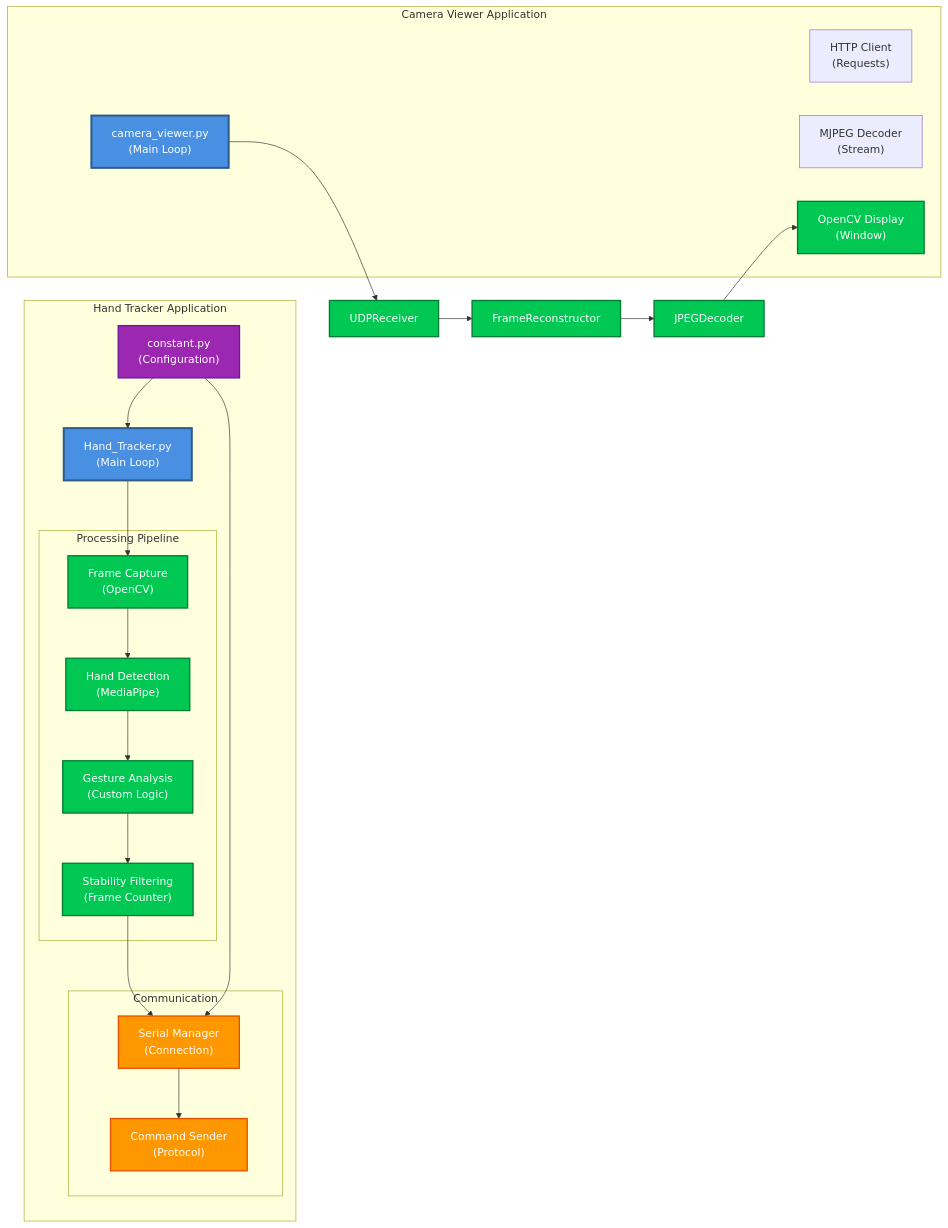
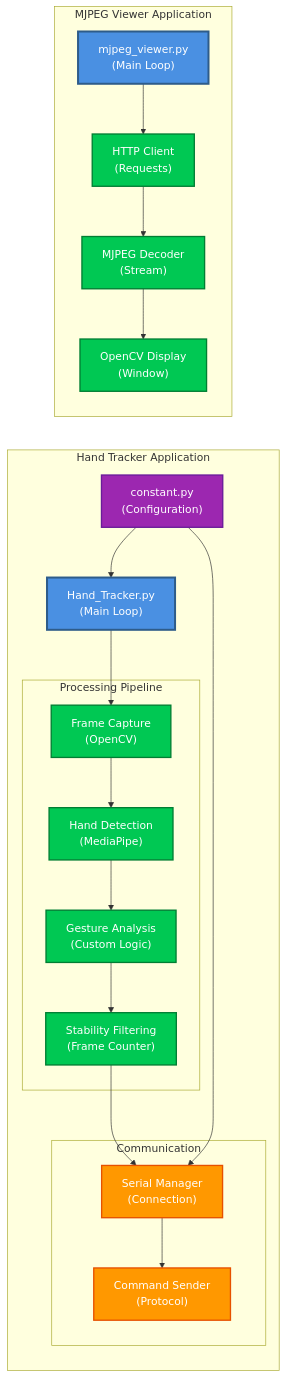
One commit to Yaniv23/final-project-gesture-car changed the third of 3 diagrams in docs/architecture/3-architecture-pc-hand-tracking-camera.md. Above: the diagram before and after it, drawn with Mermaid. The commit also changed other lines of this file and 20 other files, not shown here.

````diff
--- a/docs/architecture/3-architecture-pc-hand-tracking-camera.md
+++ b/docs/architecture/3-architecture-pc-hand-tracking-camera.md
@@ -138,51 +138,50 @@
 ```mermaid
 graph LR
     subgraph HandTrackerApp["Hand Tracker Application"]
         Main["Hand_Tracker.py<br/>(Main Loop)"]
         
         subgraph Processing["Processing Pipeline"]
             Capture["Frame Capture<br/>(OpenCV)"]
             Detection["Hand Detection<br/>(MediaPipe)"]
             Analysis["Gesture Analysis<br/>(Custom Logic)"]
             Filtering["Stability Filtering<br/>(Frame Counter)"]
         end
         
         subgraph Communication["Communication"]
             SerialMgr["Serial Manager<br/>(Connection)"]
             CommandSender["Command Sender<br/>(Protocol)"]
         end
         
         ConfigFile["constant.py<br/>(Configuration)"]
     end
     
-    subgraph CameraApp["Camera Viewer Application"]
-        Viewer["camera_viewer.py<br/>(Main Loop)"]
+    subgraph CameraApp["MJPEG Viewer Application"]
+        Viewer["mjpeg_viewer.py<br/>(Main Loop)"]
         HTTPClient["HTTP Client<br/>(Requests)"]
         MJPEGDecoder["MJPEG Decoder<br/>(Stream)"]
         Display["OpenCV Display<br/>(Window)"]
     end
     
     Main --> Capture
     Capture --> Detection
     Detection --> Analysis
     Analysis --> Filtering
     Filtering --> SerialMgr
     SerialMgr --> CommandSender
     ConfigFile --> Main
     ConfigFile --> SerialMgr
     
-    Viewer --> UDPReceiver
-    UDPReceiver --> FrameReconstructor
-    FrameReconstructor --> JPEGDecoder
-    JPEGDecoder --> Display
+    Viewer --> HTTPClient
+    HTTPClient --> MJPEGDecoder
+    MJPEGDecoder --> Display
     
     classDef main fill:#4A90E2,stroke:#2E5C8A,stroke-width:3px,color:#fff
     classDef process fill:#00C853,stroke:#007E33,stroke-width:2px,color:#fff
     classDef comm fill:#FF9800,stroke:#E65100,stroke-width:2px,color:#fff
     classDef config fill:#9C27B0,stroke:#6A1B9A,stroke-width:2px,color:#fff
     
     class Main,Viewer main
-    class Capture,Detection,Analysis,Filtering,UDPReceiver,FrameReconstructor,JPEGDecoder,Display process
+    class Capture,Detection,Analysis,Filtering,HTTPClient,MJPEGDecoder,Display process
     class SerialMgr,CommandSender comm
     class ConfigFile config
 ```
````
